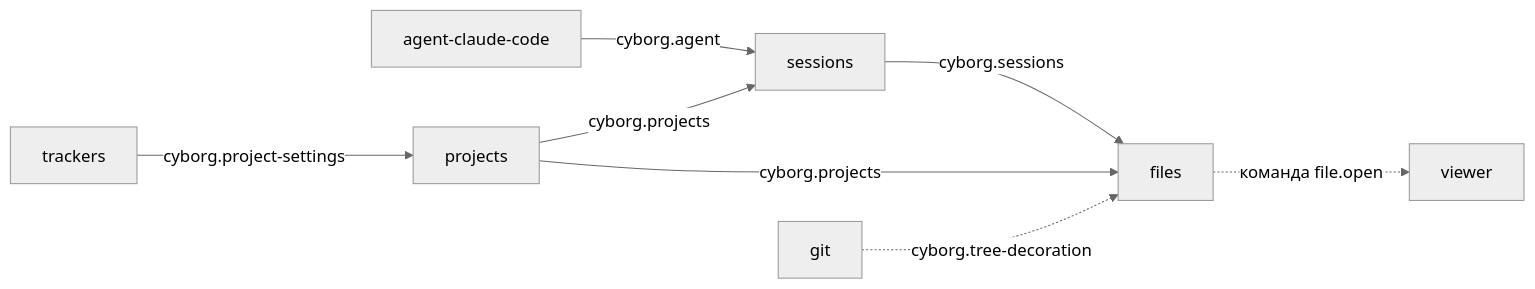
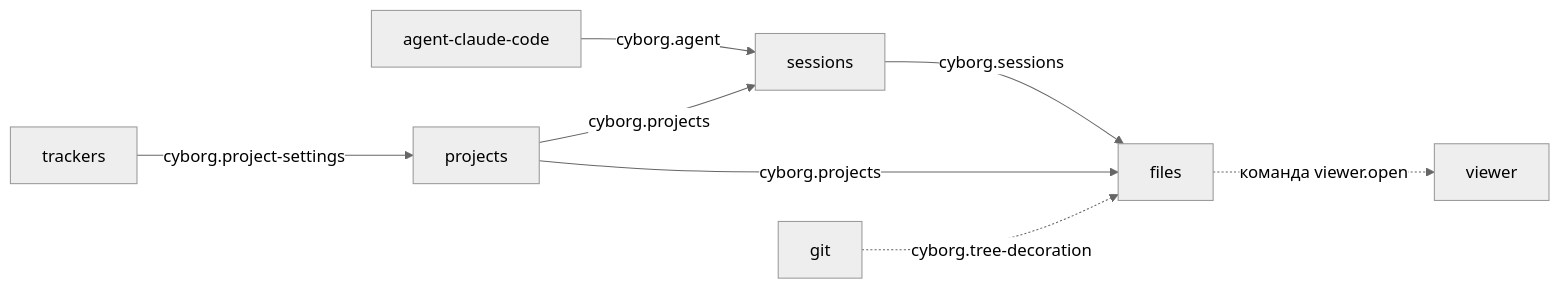
The second of 3 diagrams in docs/04-architecture/design/sad.md (dex-it/cyborg-harness), drawn with Mermaid (neutral theme) before and after one commit. The commit also changed other lines of this file and 6 other files, not shown here.

````diff
--- a/docs/04-architecture/design/sad.md
+++ b/docs/04-architecture/design/sad.md
@@ -810,13 +810,13 @@
 ```mermaid
 flowchart LR
   accTitle: Контракты базовой части
-  accDescr: sessions потребляет cyborg.agent от agent-claude-code и даёт cyborg.sessions. files требует cyborg.sessions, опционально cyborg.projects, потребляет cyborg.tree-decoration и вызывает команду file.open, которую исполняет viewer. projects потребляет cyborg.project-settings от trackers.
+  accDescr: sessions потребляет cyborg.agent от agent-claude-code и даёт cyborg.sessions. files требует cyborg.sessions, опционально cyborg.projects, потребляет cyborg.tree-decoration и вызывает команду viewer.open, которую исполняет viewer. projects потребляет cyborg.project-settings от trackers.
 
   agent["agent-claude-code"] -->|"cyborg.agent"| sessions["sessions"]
   sessions -->|"cyborg.sessions"| files["files"]
   projects["projects"] -->|"cyborg.projects"| files
   projects -->|"cyborg.projects"| sessions
   git["git"] -.->|"cyborg.tree-decoration"| files
-  files -.->|"команда file.open"| viewer["viewer"]
+  files -.->|"команда viewer.open"| viewer["viewer"]
   trackers["trackers"] -->|"cyborg.project-settings"| projects
 ```
````
